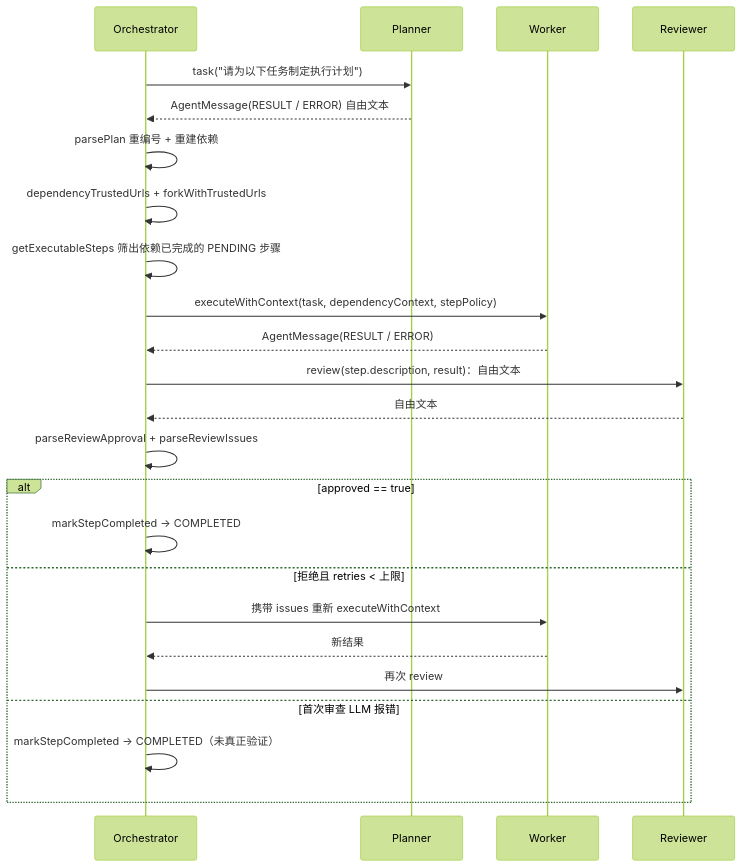
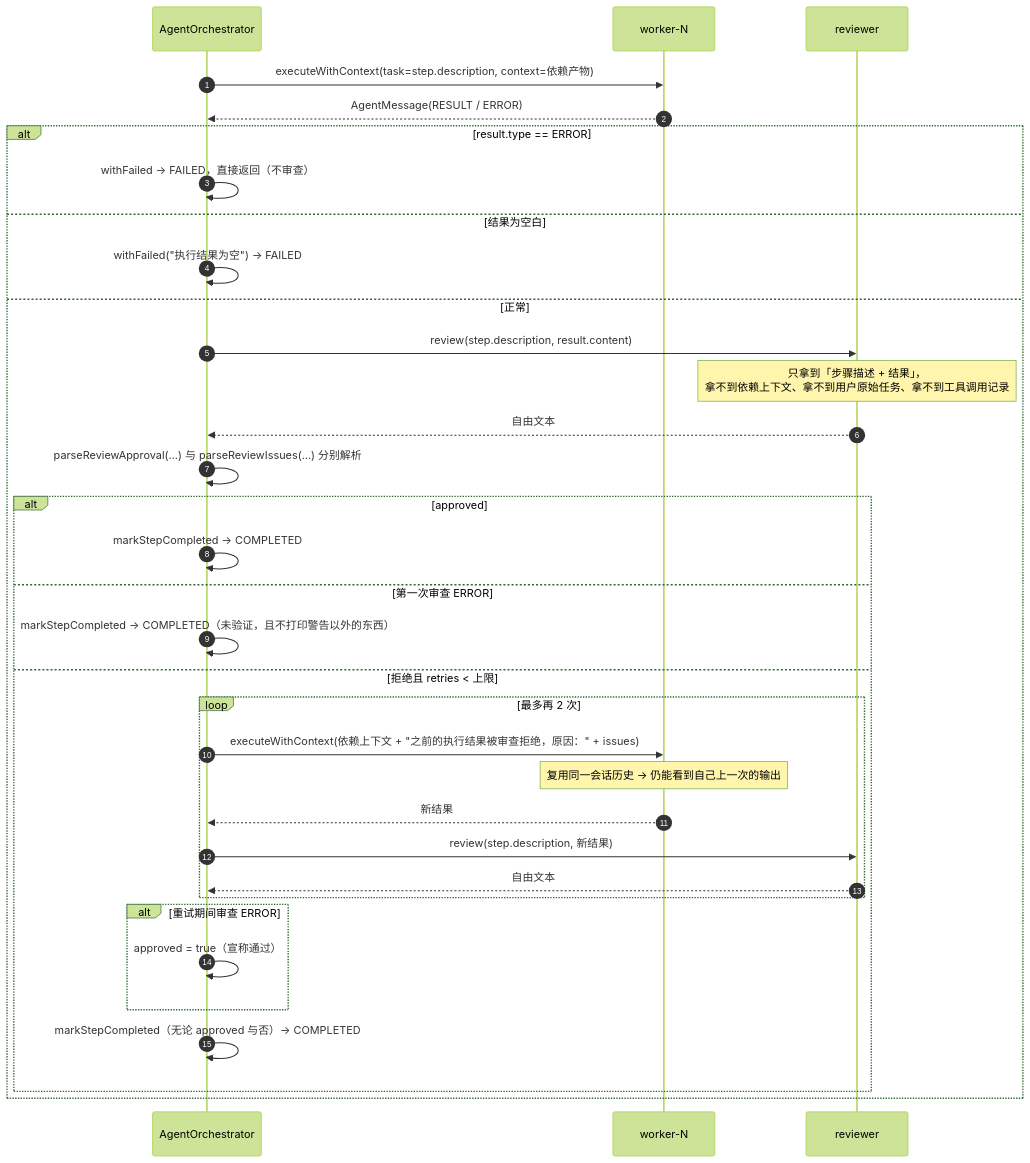
The fourth of 5 diagrams in docs/dev/03-multi-agent-collaboration.md (zgjdev/Code-Agent), drawn with Mermaid (forest theme) before and after one commit. The commit also changed other lines of this file and 5 other files, not shown here.

````diff
--- a/docs/dev/03-multi-agent-collaboration.md
+++ b/docs/dev/03-multi-agent-collaboration.md
@@ -69,27 +527,37 @@
 ```mermaid
 sequenceDiagram
-    participant O as Orchestrator
-    participant P as Planner
-    participant W as Worker
-    participant R as Reviewer
+    autonumber
+    participant O as AgentOrchestrator
+    participant W as worker-N
+    participant R as reviewer
 
-    O->>P: task("请为以下任务制定执行计划")
-    P-->>O: AgentMessage(RESULT / ERROR) 自由文本
-    O->>O: parsePlan 重编号 + 重建依赖
-    O->>O: dependencyTrustedUrls + forkWithTrustedUrls
-    O->>O: getExecutableSteps 筛出依赖已完成的 PENDING 步骤
-    O->>W: executeWithContext(task, dependencyContext, stepPolicy)
+    O->>W: executeWithContext(task=step.description, context=依赖产物)
     W-->>O: AgentMessage(RESULT / ERROR)
-    O->>R: review(step.description, result)：自由文本
-    R-->>O: 自由文本
-    O->>O: parseReviewApproval + parseReviewIssues
-    alt approved == true
-        O->>O: markStepCompleted → COMPLETED
-    else 拒绝且 retries < 上限
-        O->>W: 携带 issues 重新 executeWithContext
-        W-->>O: 新结果
-        O->>R: 再次 review
-    else 首次审查 LLM 报错
-        O->>O: markStepCompleted → COMPLETED（未真正验证）
+    alt result.type == ERROR
+        O->>O: withFailed → FAILED，直接返回（不审查）
+    else 结果为空白
+        O->>O: withFailed("执行结果为空") → FAILED
+    else 正常
+        O->>R: review(step.description, result.content)
+        Note over R: 只拿到「步骤描述 + 结果」，<br/>拿不到依赖上下文、拿不到用户原始任务、拿不到工具调用记录
+        R-->>O: 自由文本
+        O->>O: parseReviewApproval(...) 与 parseReviewIssues(...) 分别解析
+        alt approved
+            O->>O: markStepCompleted → COMPLETED
+        else 第一次审查 ERROR
+            O->>O: markStepCompleted → COMPLETED（未验证，且不打印警告以外的东西）
+        else 拒绝且 retries < 上限
+            loop 最多再 2 次
+                O->>W: executeWithContext(依赖上下文 + "之前的执行结果被审查拒绝，原因：" + issues)
+                Note over W: 复用同一会话历史 → 仍能看到自己上一次的输出
+                W-->>O: 新结果
+                O->>R: review(step.description, 新结果)
+                R-->>O: 自由文本
+            end
+            alt 重试期间审查 ERROR
+                O->>O: approved = true（宣称通过）
+            end
+            O->>O: markStepCompleted（无论 approved 与否）→ COMPLETED
+        end
     end
 ```
````
